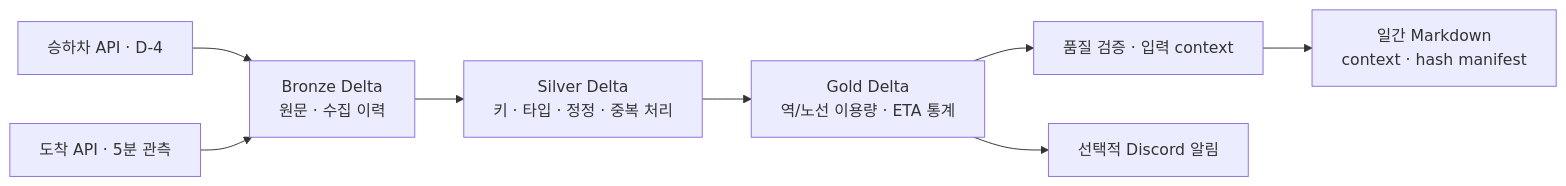
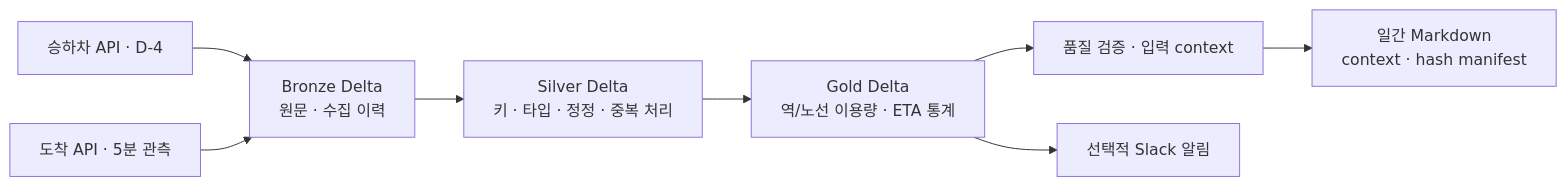
Before and after one commit to HongJunseong/seoul-subway-daily-reporting: the diagram in README.md, drawn with Mermaid. The commit also changed other lines of this file and 19 other files, not shown here.

````diff
--- a/README.md
+++ b/README.md
@@ -33,10 +33,10 @@
 ```mermaid
 flowchart LR
   U[승하차 API · D-4] --> B[Bronze Delta<br/>원문 · 수집 이력]
   A[도착 API · 5분 관측] --> B
   B --> S[Silver Delta<br/>키 · 타입 · 정정 · 중복 처리]
   S --> G[Gold Delta<br/>역/노선 이용량 · ETA 통계]
   G --> Q[품질 검증 · 입력 context]
   Q --> R[일간 Markdown<br/>context · hash manifest]
-  G --> N[선택적 Discord 알림]
+  G --> N[선택적 Slack 알림]
 ```
````
